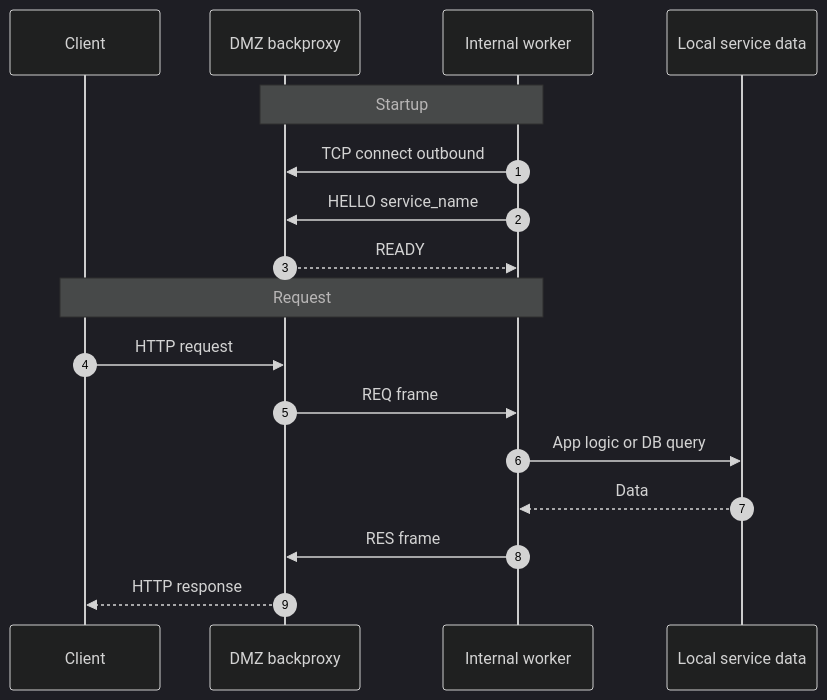
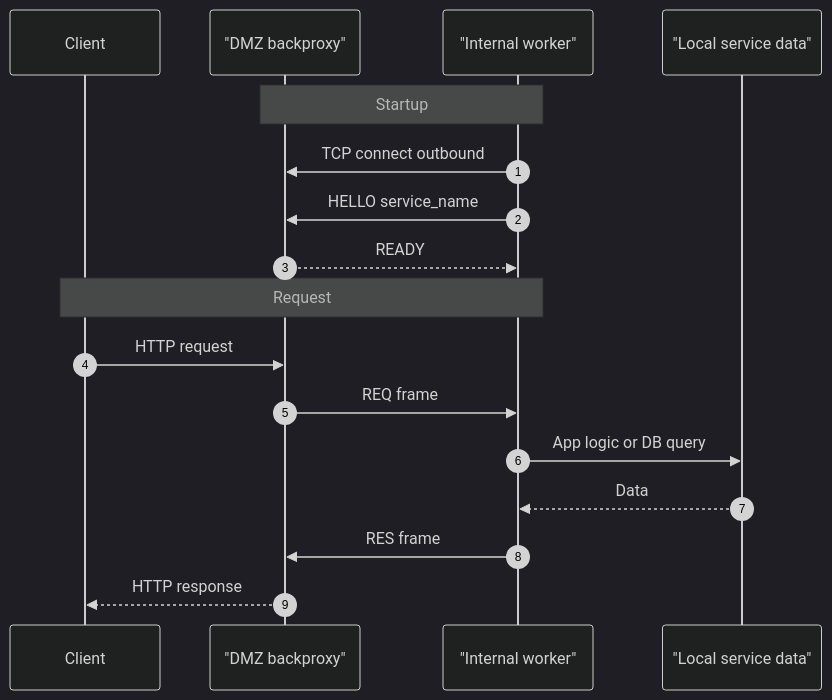
The second of 2 diagrams in README.md (lua-lunet/lunet-backproxy), drawn with Mermaid (dark theme) before and after one commit. The commit also changed other lines of this file, not shown here.

First line of the commit message:
fix(mermaid): quote labels with spaces for proper rendering (#1)

````diff
--- a/README.md
+++ b/README.md
@@ -71,21 +71,21 @@
 ```mermaid
 sequenceDiagram
     autonumber
     participant C as Client
-    participant D as DMZ backproxy
-    participant W as Internal worker
-    participant S as Local service data
+    participant D as "DMZ backproxy"
+    participant W as "Internal worker"
+    participant S as "Local service data"
 
     Note over W,D: Startup
     W->>D: TCP connect outbound
     W->>D: HELLO service_name
     D-->>W: READY
 
     Note over C,W: Request
     C->>D: HTTP request
     D->>W: REQ frame
     W->>S: App logic or DB query
     S-->>W: Data
     W->>D: RES frame
     D-->>C: HTTP response
 ```
````
